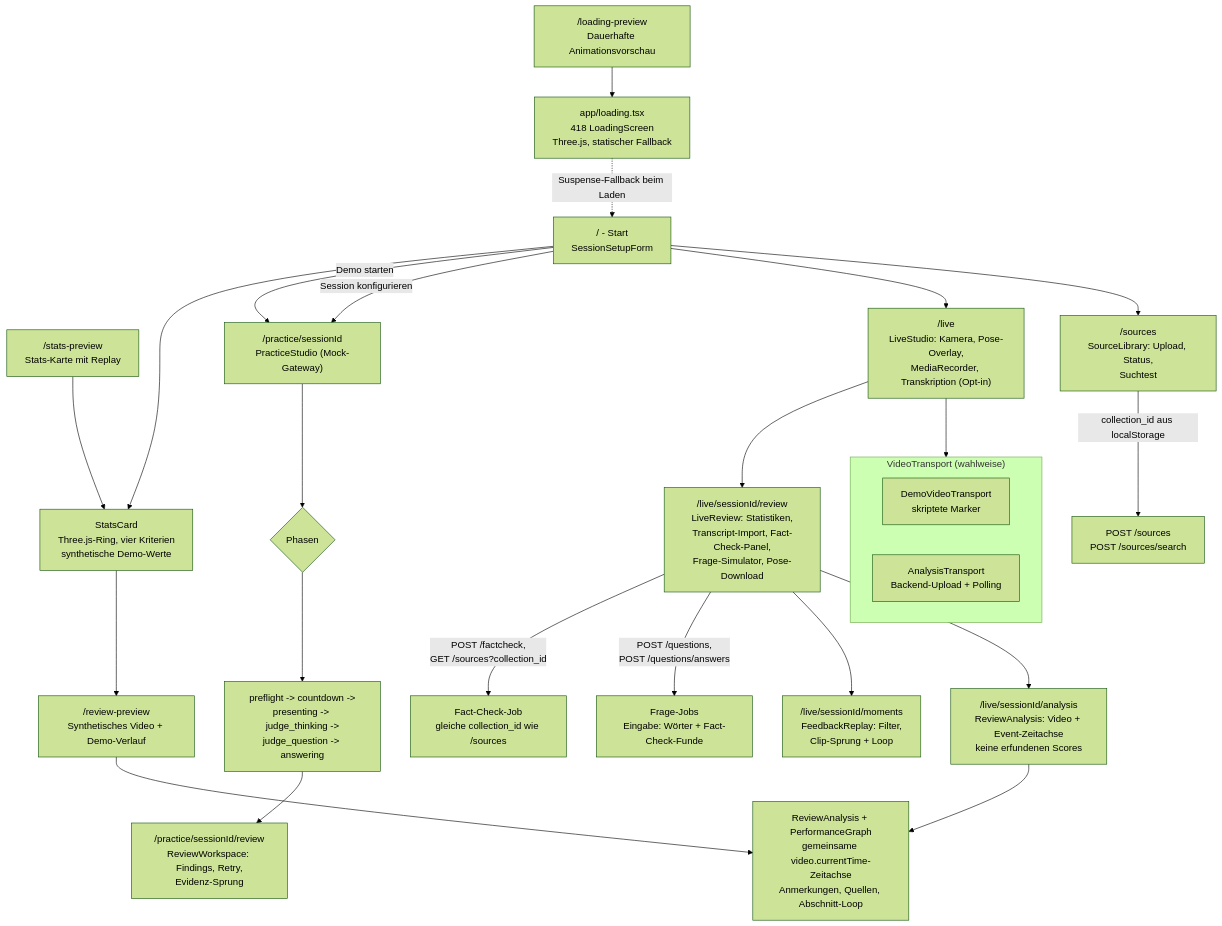
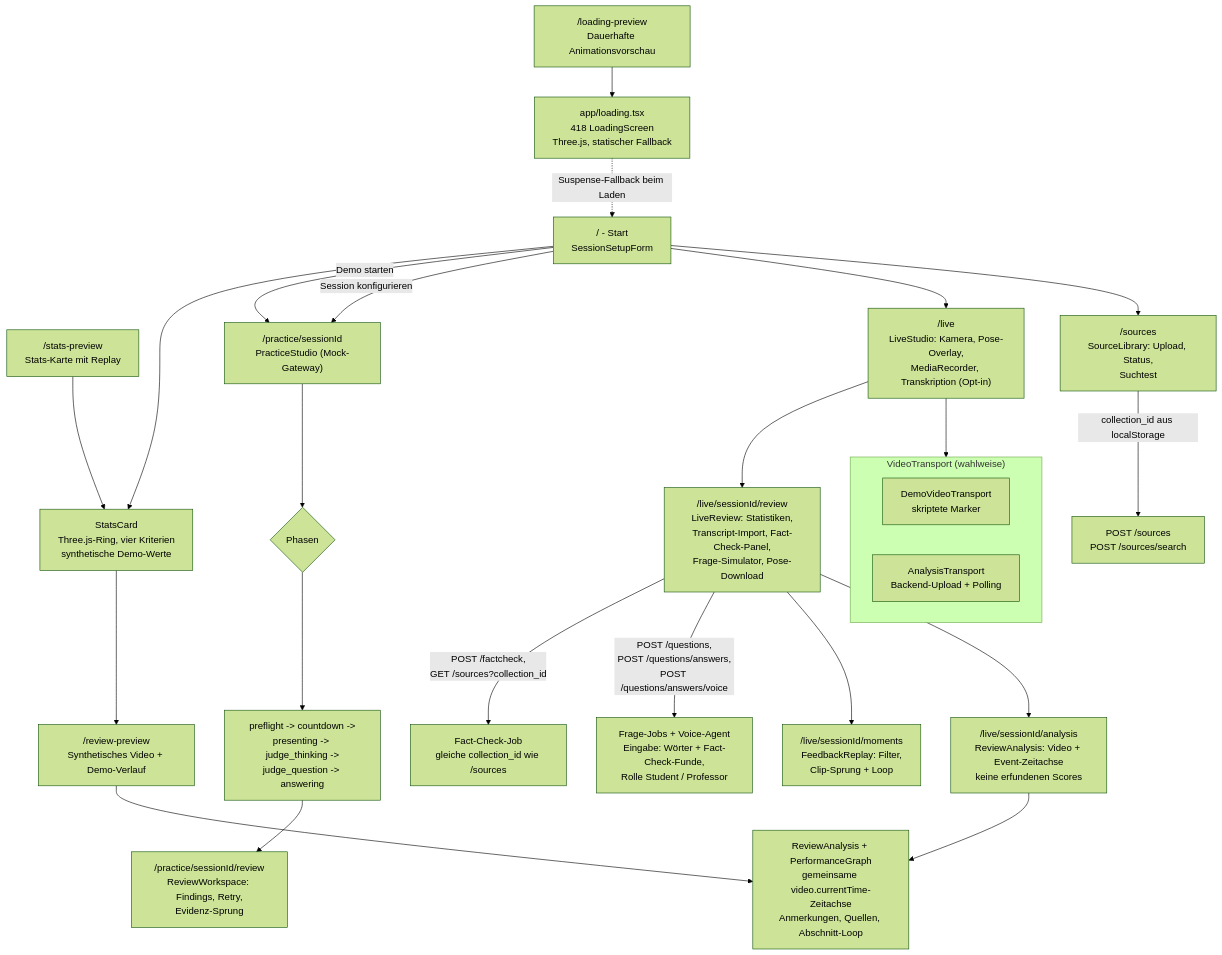
The seventh of 11 diagrams in docs/03-architecture.md (johannes3502/hackathon-fulda), drawn with Mermaid (forest theme) before and after one commit. The commit also changed other lines of this file and 17 other files, not shown here.

First line of the commit message:
Add voice agent with student and professor personas

````diff
--- a/docs/03-architecture.md
+++ b/docs/03-architecture.md
@@ -265,33 +286,33 @@
 ```mermaid
 flowchart TD
     LOADING["app/loading.tsx<br/>418 LoadingScreen<br/>Three.js, statischer Fallback"]
     LP["/loading-preview<br/>Dauerhafte Animationsvorschau"] --> LOADING
     SP["/stats-preview<br/>Stats-Karte mit Replay"] --> SC["StatsCard<br/>Three.js-Ring, vier Kriterien<br/>synthetische Demo-Werte"]
     HOME --> SC
     SC --> RP["/review-preview<br/>Synthetisches Video + Demo-Verlauf"]
     LOADING -. "Suspense-Fallback beim Laden" .-> HOME
     HOME["/ - Start<br/>SessionSetupForm"] -->|"Demo starten"| PRAC["/practice/sessionId<br/>PracticeStudio (Mock-Gateway)"]
     HOME -->|"Session konfigurieren"| PRAC
     HOME --> LIVE["/live<br/>LiveStudio: Kamera, Pose-Overlay,<br/>MediaRecorder, Transkription (Opt-in)"]
     HOME --> SRC["/sources<br/>SourceLibrary: Upload, Status,<br/>Suchtest"]
 
     PRAC --> STATE{"Phasen"}
     STATE --> P1["preflight -> countdown -><br/>presenting -> judge_thinking -><br/>judge_question -> answering"]
     P1 --> PREV["/practice/sessionId/review<br/>ReviewWorkspace: Findings, Retry,<br/>Evidenz-Sprung"]
 
     LIVE --> LREV["/live/sessionId/review<br/>LiveReview: Statistiken,<br/>Transcript-Import, Fact-Check-Panel,<br/>Frage-Simulator, Pose-Download"]
     LREV -->|"POST /factcheck,<br/>GET /sources?collection_id"| FCAPI["Fact-Check-Job<br/>gleiche collection_id wie /sources"]
-    LREV -->|"POST /questions,<br/>POST /questions/answers"| QAPI["Frage-Jobs<br/>Eingabe: Wörter + Fact-Check-Funde"]
+    LREV -->|"POST /questions,<br/>POST /questions/answers,<br/>POST /questions/answers/voice"| QAPI["Frage-Jobs + Voice-Agent<br/>Eingabe: Wörter + Fact-Check-Funde,<br/>Rolle Student / Professor"]
     LREV --> MOM["/live/sessionId/moments<br/>FeedbackReplay: Filter,<br/>Clip-Sprung + Loop"]
     LREV --> LA["/live/sessionId/analysis<br/>ReviewAnalysis: Video + Event-Zeitachse<br/>keine erfundenen Scores"]
     RP --> RA["ReviewAnalysis + PerformanceGraph<br/>gemeinsame video.currentTime-Zeitachse<br/>Anmerkungen, Quellen, Abschnitt-Loop"]
     LA --> RA
 
     SRC -->|"collection_id aus localStorage"| UPLOAD["POST /sources<br/>POST /sources/search"]
 
     subgraph Transport["VideoTransport (wahlweise)"]
         DEMO["DemoVideoTransport<br/>skriptete Marker"]
         ANA["AnalysisTransport<br/>Backend-Upload + Polling"]
     end
     LIVE --> Transport
 ```
````
